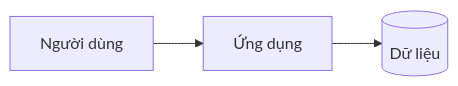
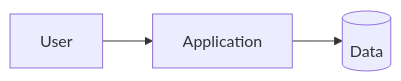
The diagram in templates/artifacts/architecture.md (hivx/automation-ai), drawn with Mermaid before and after one commit. The commit also changed other lines of this file and 70 other files, not shown here.

````diff
--- a/templates/artifacts/architecture.md
+++ b/templates/artifacts/architecture.md
@@ -13,5 +13,5 @@
 ```mermaid
 flowchart LR
-  user[Người dùng] --> app[Ứng dụng]
-  app --> db[(Dữ liệu)]
+  user[User] --> app[Application]
+  app --> db[(Data)]
 ```
````
